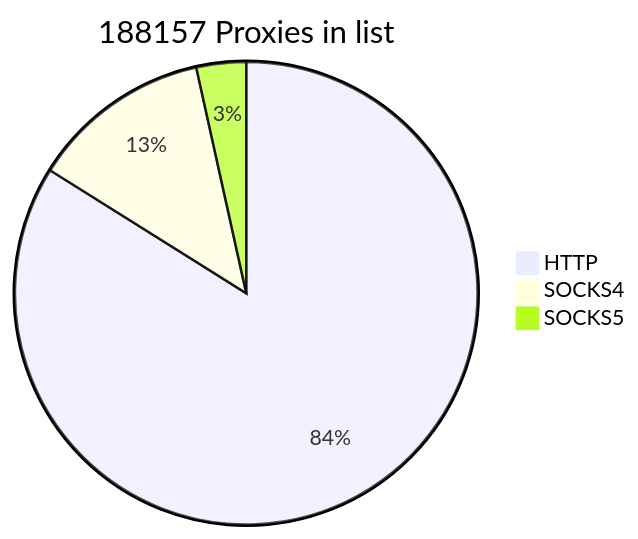
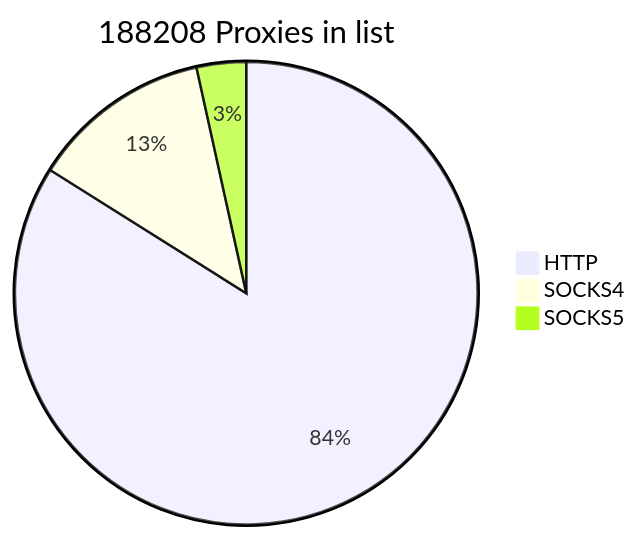
The first of 2 diagrams in README.md (cutipu/proxylist), drawn with Mermaid before and after one commit. The commit also changed other lines of this file, not shown here.

````diff
--- a/README.md
+++ b/README.md
@@ -2,7 +2,7 @@
 ```mermaid
-pie title 188157 Proxies in list
-    "HTTP" : 157882
-    "SOCKS4" : 23745
-    "SOCKS5" : 6530
+pie title 188208 Proxies in list
+    "HTTP" : 157962
+    "SOCKS4" : 23747
+    "SOCKS5" : 6499
             
 ```
````
